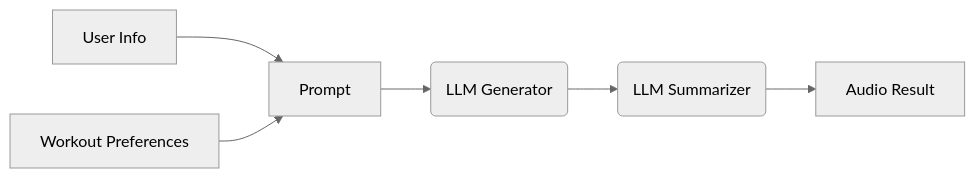
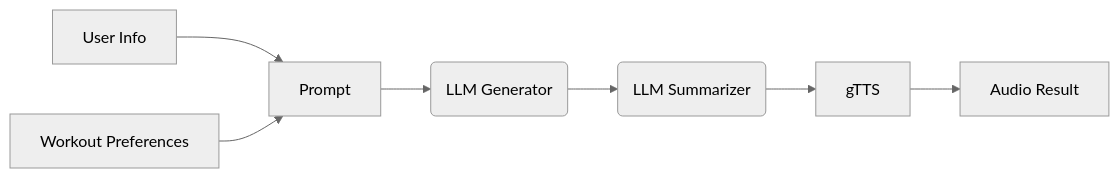
Before and after one commit to abojotemi/fitnessai: the first of 4 diagrams in README.md, drawn with Mermaid (neutral theme). The commit also changed other lines of this file, not shown here.

````diff
--- a/README.md
+++ b/README.md
@@ -170,8 +170,8 @@
 ```mermaid
 flowchart LR
 A[User Info] --> C[Prompt]
 B[Workout Preferences] --> C
 C --> D(LLM Generator)
 D --> E(LLM Summarizer)
-E --> F[Audio Result]
+E --> F[gTTS] --> G[Audio Result]
 ```
````
